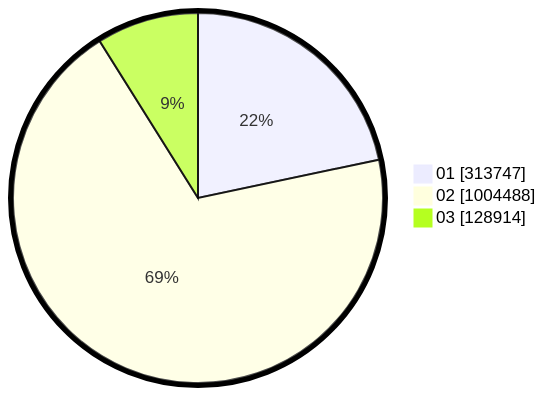
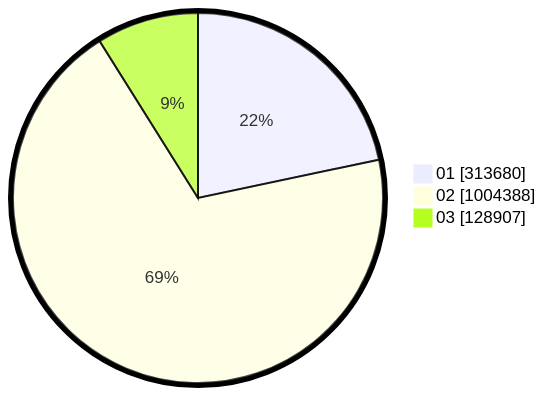
The second of 2 diagrams in pilpres/hitung-suara/sub/table-wilayah-72.md (gigit-pemilu/pemilu-2024), drawn with Mermaid before and after one commit. The commit also changed other lines of this file and 42 other files, not shown here.

````diff
--- a/pilpres/hitung-suara/sub/table-wilayah-72.md
+++ b/pilpres/hitung-suara/sub/table-wilayah-72.md
@@ -15,7 +15,7 @@
 ```mermaid
 %%{init: {"pie": {"textPosition": 0.5}, "themeVariables": {"pieOuterStrokeWidth": "5px"}} }%%
 pie showData
-    "01" : 313747
-    "02" : 1004488
-    "03" : 128914
+    "01" : 313680
+    "02" : 1004388
+    "03" : 128907
 ```
````
